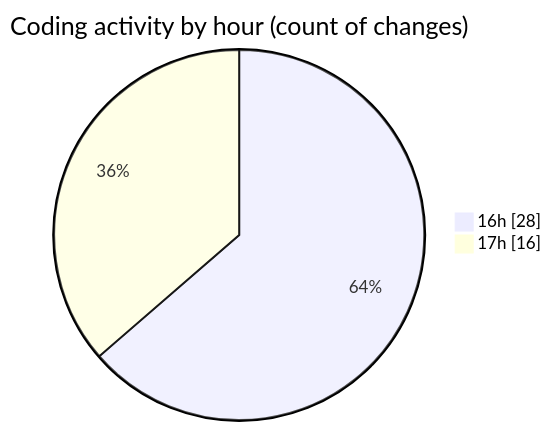
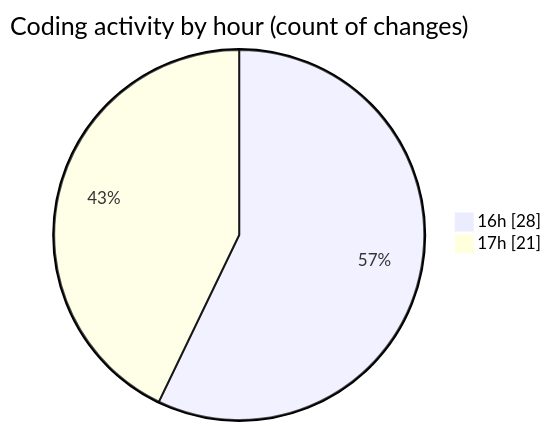
One commit to donsfak/code-tracking changed the second of 2 diagrams in 2025-01-15/trackers_app/README.md. Above: the diagram before and after it, drawn with Mermaid. The commit also changed other lines of this file and 1 other file, not shown here.

````diff
--- a/2025-01-15/trackers_app/README.md
+++ b/2025-01-15/trackers_app/README.md
@@ -36,6 +37,6 @@
 ```mermaid
 pie showData
 title Coding activity by hour (count of changes)
 "16h" : 28
-"17h" : 16
+"17h" : 21
 ```
````
